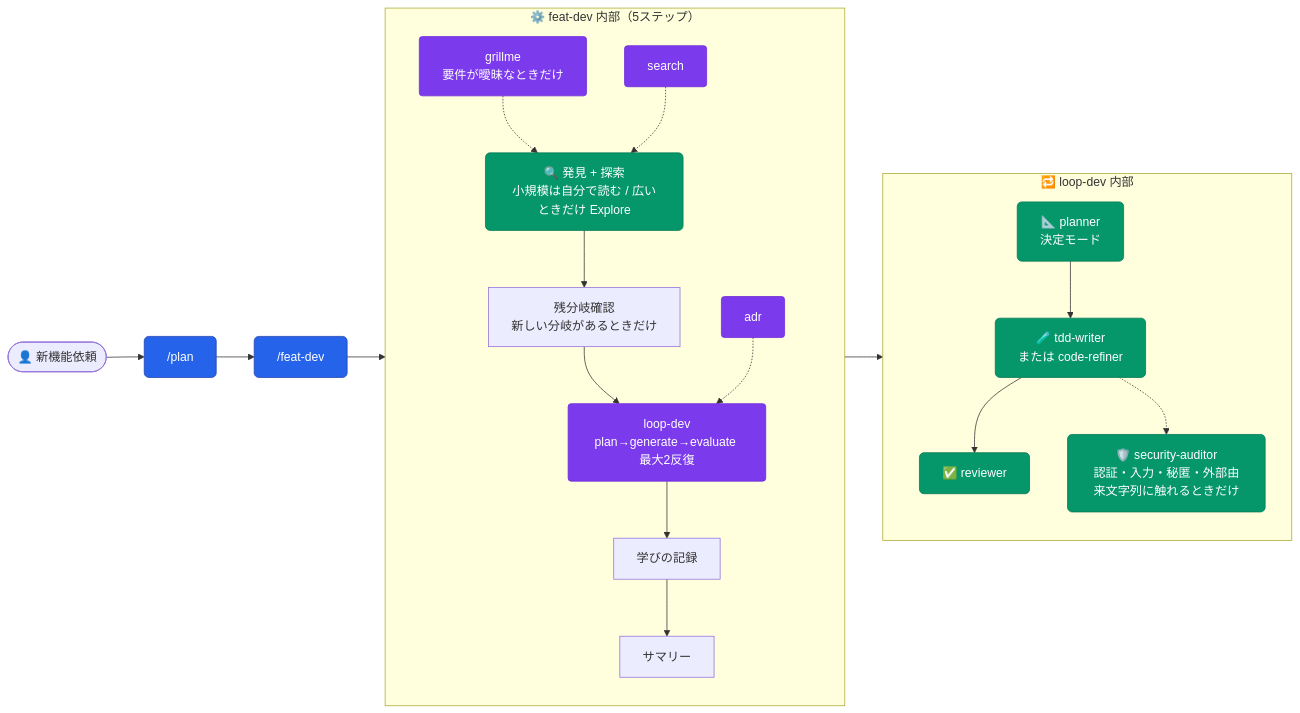
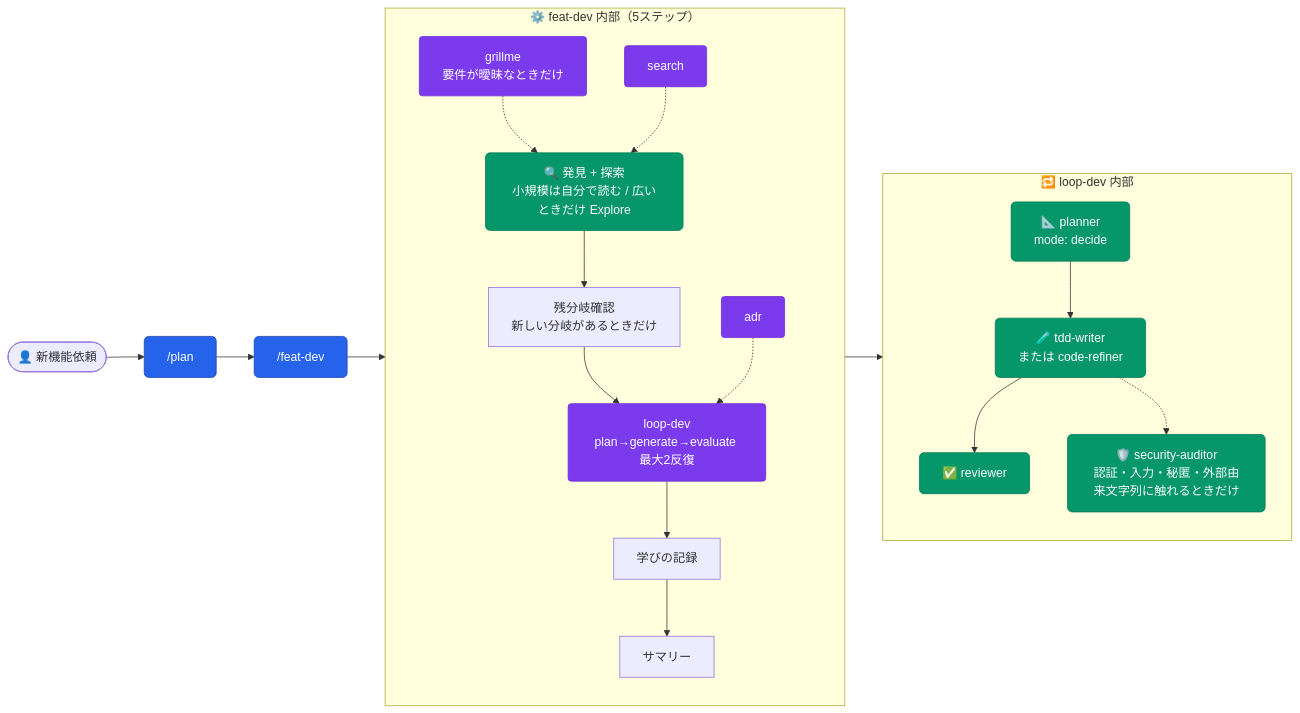
Before and after one commit to aokumablue/claq: the first of 20 diagrams in README.md, drawn with Mermaid. The commit also changed 3 other files, not shown here.

Commit message:
fix(planner): モード切替を依頼文の mode: 指定に統一する

````diff
--- a/README.md
+++ b/README.md
@@ -174,31 +174,31 @@
 ```mermaid
 flowchart LR
   classDef cmd    fill:#2563eb,stroke:#1e40af,color:#fff,rx:6
   classDef agent  fill:#059669,stroke:#047857,color:#fff,rx:6
   classDef skill  fill:#7c3aed,stroke:#6d28d9,color:#fff,rx:4
   classDef auto   fill:#ea580c,stroke:#c2410c,color:#fff,rx:4
 
   U(["👤 新機能依頼"]) --> CP["/plan"]:::cmd
   CP --> CF["/feat-dev"]:::cmd
 
   subgraph featdev["⚙️ feat-dev 内部（5ステップ）"]
     direction TB
     SG1["grillme<br/>要件が曖昧なときだけ"]:::skill -.-> AE
     AE["🔍 発見 + 探索<br/>小規模は自分で読む / 広いときだけ Explore"]:::agent --> SG2["残分岐確認<br/>新しい分岐があるときだけ"]
     SG2 --> LD["loop-dev<br/>plan→generate→evaluate 最大2反復"]:::skill
     LD --> LEARN["学びの記録"]
     LEARN --> SUM["サマリー"]
     SS["search"]:::skill -.-> AE
     SA["adr"]:::skill -.-> LD
   end
 
   subgraph loopdev["🔁 loop-dev 内部"]
     direction TB
-    LP["📐 planner<br/>決定モード"]:::agent --> LG["🧪 tdd-writer<br/>または code-refiner"]:::agent
+    LP["📐 planner<br/>mode: decide"]:::agent --> LG["🧪 tdd-writer<br/>または code-refiner"]:::agent
     LG --> LR["✅ reviewer"]:::agent
     LG -.-> LS["🛡️ security-auditor<br/>認証・入力・秘匿・外部由来文字列に触れるときだけ"]:::agent
   end
 
   LD --> loopdev
   CF --> featdev
 ```
````
